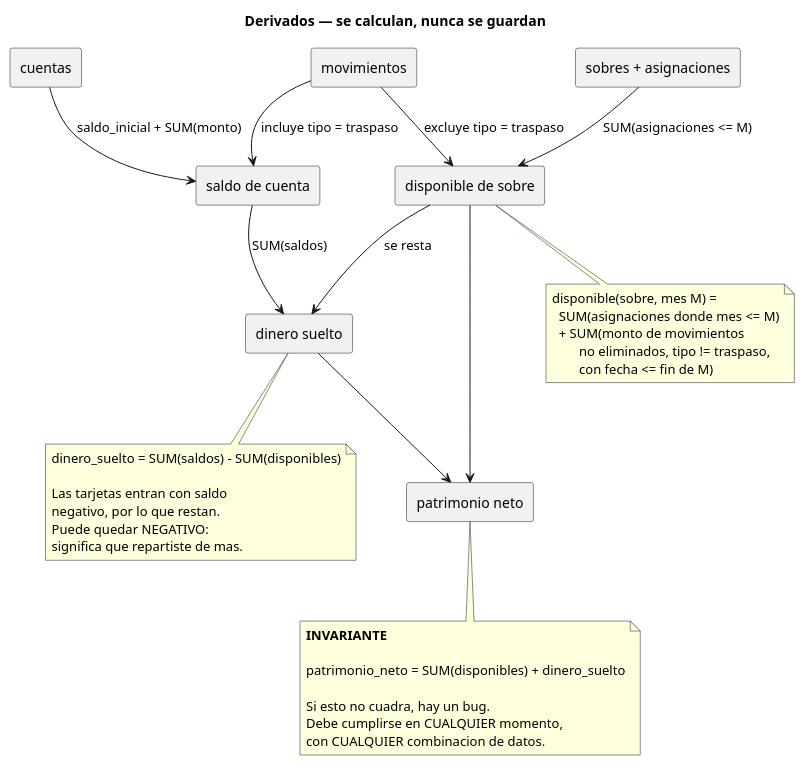
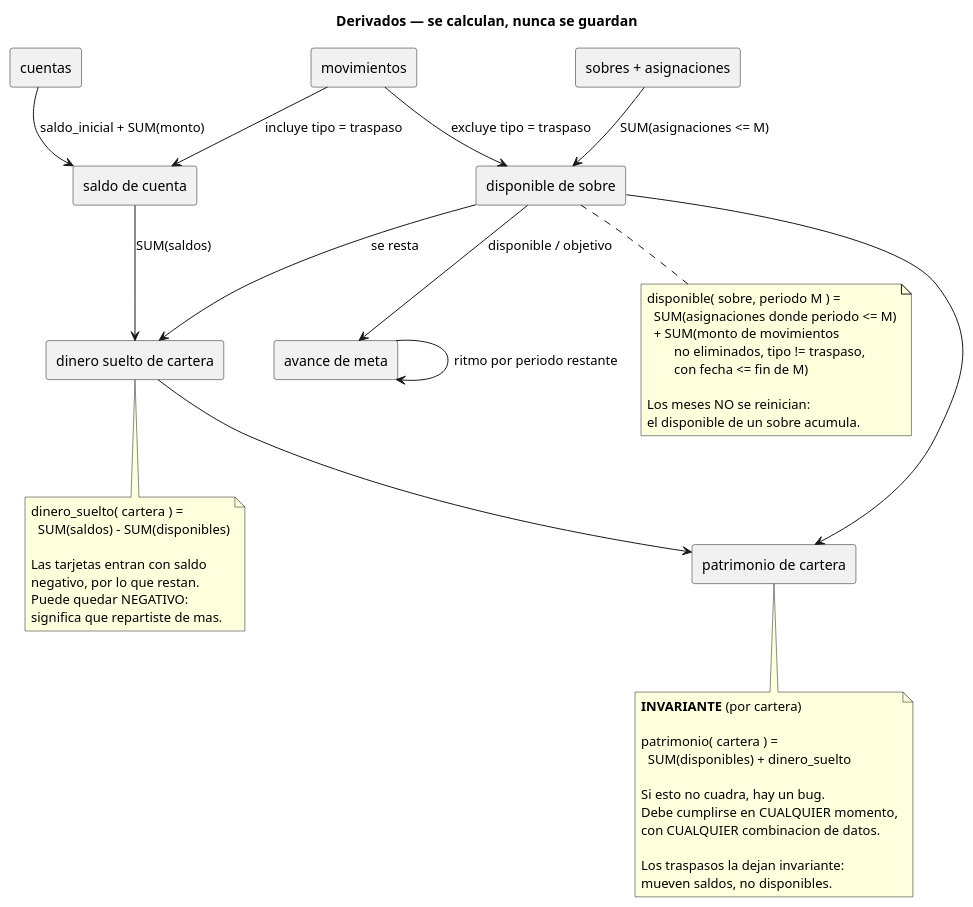
The second of 2 diagrams in modelo.puml (AlexSolizDuran/topico_ynab), drawn with PlantUML before and after one commit. The commit also changed other lines of this file and 35 other files, not shown here.

```diff
--- a/modelo.puml
+++ b/modelo.puml
@@ -122,53 +294,64 @@
 @startuml
 title Derivados — se calculan, nunca se guardan
 
 hide circle
 skinparam shadowing false
 skinparam nodesep 50
 
 rectangle "cuentas" as c
 rectangle "sobres + asignaciones" as s
 rectangle "movimientos" as m
 
 rectangle "saldo de cuenta" as r1
 rectangle "disponible de sobre" as r2
-rectangle "dinero suelto" as r3
-rectangle "patrimonio neto" as r4
+rectangle "dinero suelto de cartera" as r3
+rectangle "patrimonio de cartera" as r4
+rectangle "avance de meta" as r5
 
 c --> r1 : saldo_inicial + SUM(monto)
 m --> r1 : incluye tipo = traspaso
 s --> r2 : SUM(asignaciones <= M)
 m --> r2 : excluye tipo = traspaso
 r1 --> r3 : SUM(saldos)
 r2 --> r3 : se resta
 r3 --> r4
 r2 --> r4
+r2 --> r5 : disponible / objetivo
+r5 --> r5 : ritmo por periodo restante
 
 note bottom of r3
-  dinero_suelto = SUM(saldos) - SUM(disponibles)
+  dinero_suelto( cartera ) =
+    SUM(saldos) - SUM(disponibles)
 
   Las tarjetas entran con saldo
   negativo, por lo que restan.
   Puede quedar NEGATIVO:
   significa que repartiste de mas.
 end note
 
 note bottom of r4
-  **INVARIANTE**
+  **INVARIANTE** (por cartera)
 
-  patrimonio_neto = SUM(disponibles) + dinero_suelto
+  patrimonio( cartera ) =
+    SUM(disponibles) + dinero_suelto
 
   Si esto no cuadra, hay un bug.
   Debe cumplirse en CUALQUIER momento,
   con CUALQUIER combinacion de datos.
+
+  Los traspasos la dejan invariante:
+  mueven saldos, no disponibles.
 end note
 
 note bottom of r2
-  disponible(sobre, mes M) =
-    SUM(asignaciones donde mes <= M)
+  disponible( sobre, periodo M ) =
+    SUM(asignaciones donde periodo <= M)
     + SUM(monto de movimientos
           no eliminados, tipo != traspaso,
           con fecha <= fin de M)
+
+  Los meses NO se reinician:
+  el disponible de un sobre acumula.
 end note
 
 @enduml
```
